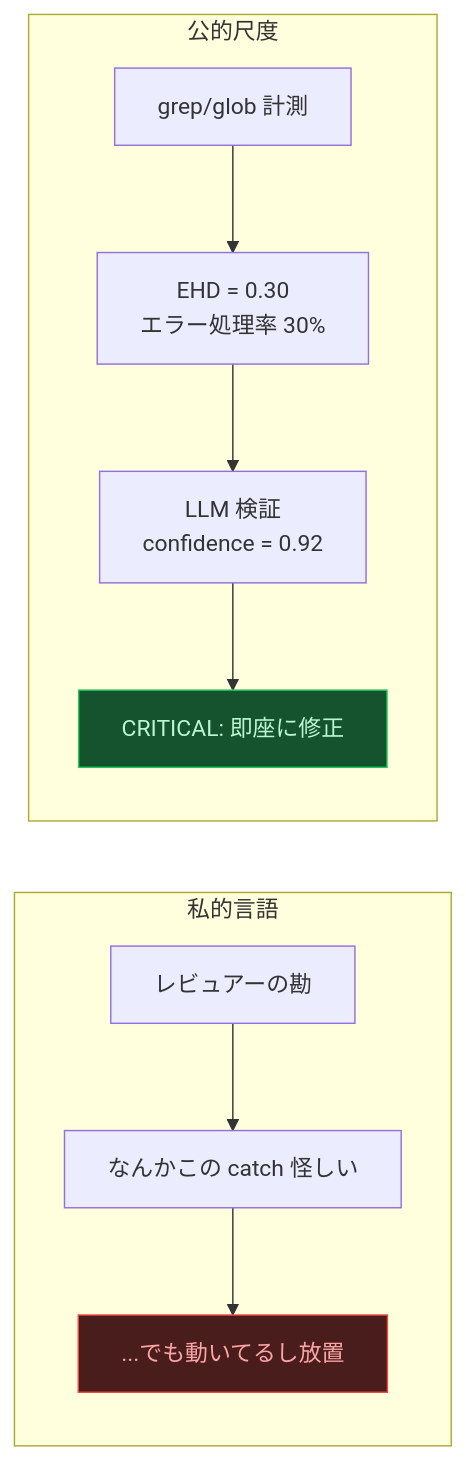
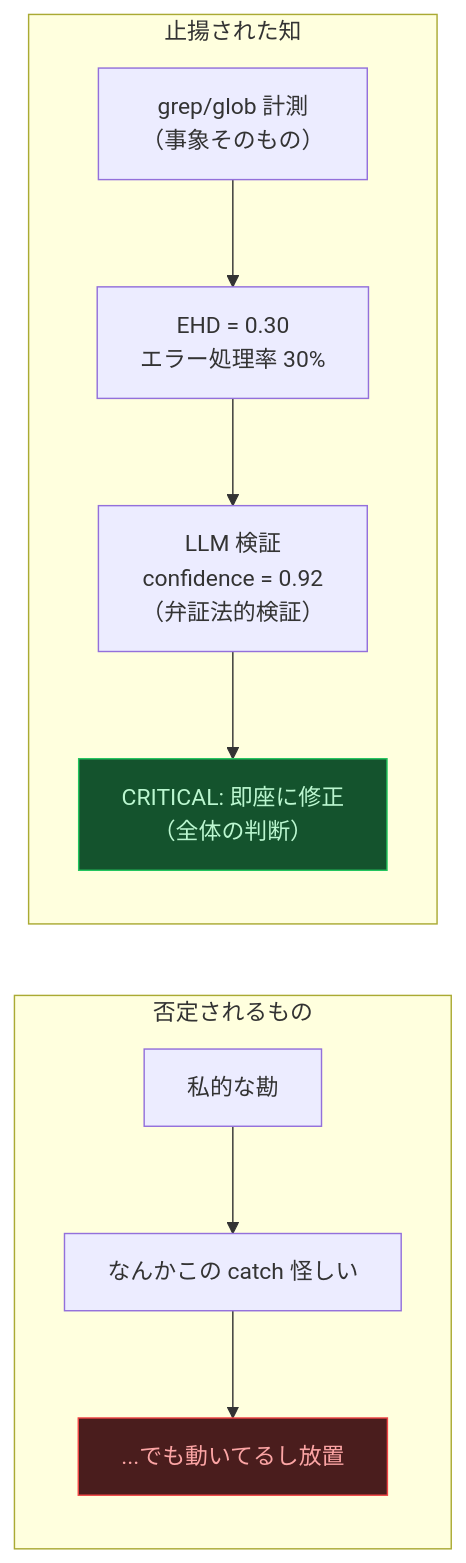
One commit to ohyesiamy/web-anomaly-detector changed the eighth of 8 diagrams in ABSTRACT.md. Above: the diagram before and after it, drawn with Mermaid. The commit also changed other lines of this file, not shown here.

````diff
--- a/ABSTRACT.md
+++ b/ABSTRACT.md
@@ -178,15 +361,15 @@
 ```mermaid
 graph LR
-    subgraph "私的言語"
-        A1["レビュアーの勘"] --> A2["なんかこの catch 怪しい"]
+    subgraph "否定されるもの"
+        A1["私的な勘"] --> A2["なんかこの catch 怪しい"]
         A2 --> A3["...でも動いてるし放置"]
     end
-    subgraph "公的尺度"
-        B1["grep/glob 計測"] --> B2["EHD = 0.30\nエラー処理率 30%"]
-        B2 --> B3["LLM 検証\nconfidence = 0.92"]
-        B3 --> B4["CRITICAL: 即座に修正"]
+    subgraph "止揚された知"
+        B1["grep/glob 計測\n（事象そのもの）"] --> B2["EHD = 0.30\nエラー処理率 30%"]
+        B2 --> B3["LLM 検証\nconfidence = 0.92\n（弁証法的検証）"]
+        B3 --> B4["CRITICAL: 即座に修正\n（全体の判断）"]
     end
 
     style A3 fill:#4a1d1d,stroke:#ef4444,color:#fca5a5
     style B4 fill:#14532d,stroke:#22c55e,color:#bbf7d0
 ```
````
